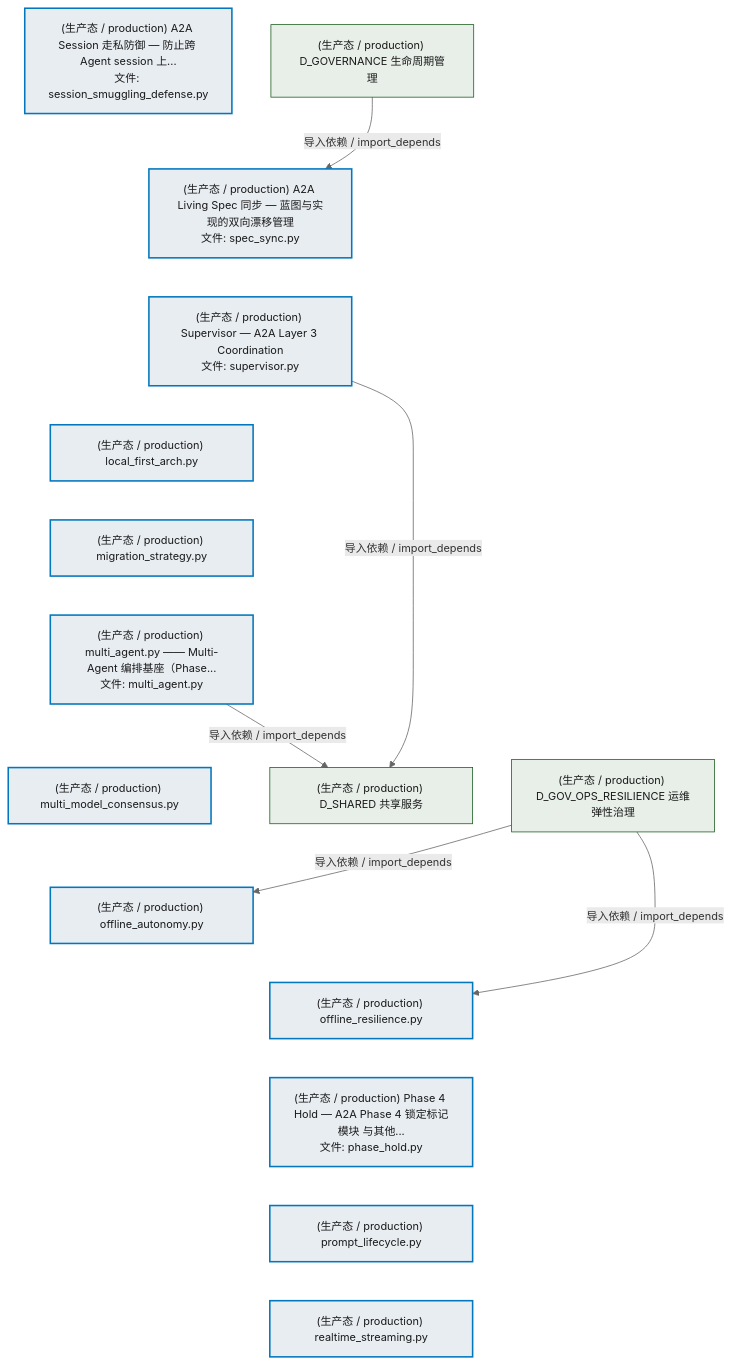
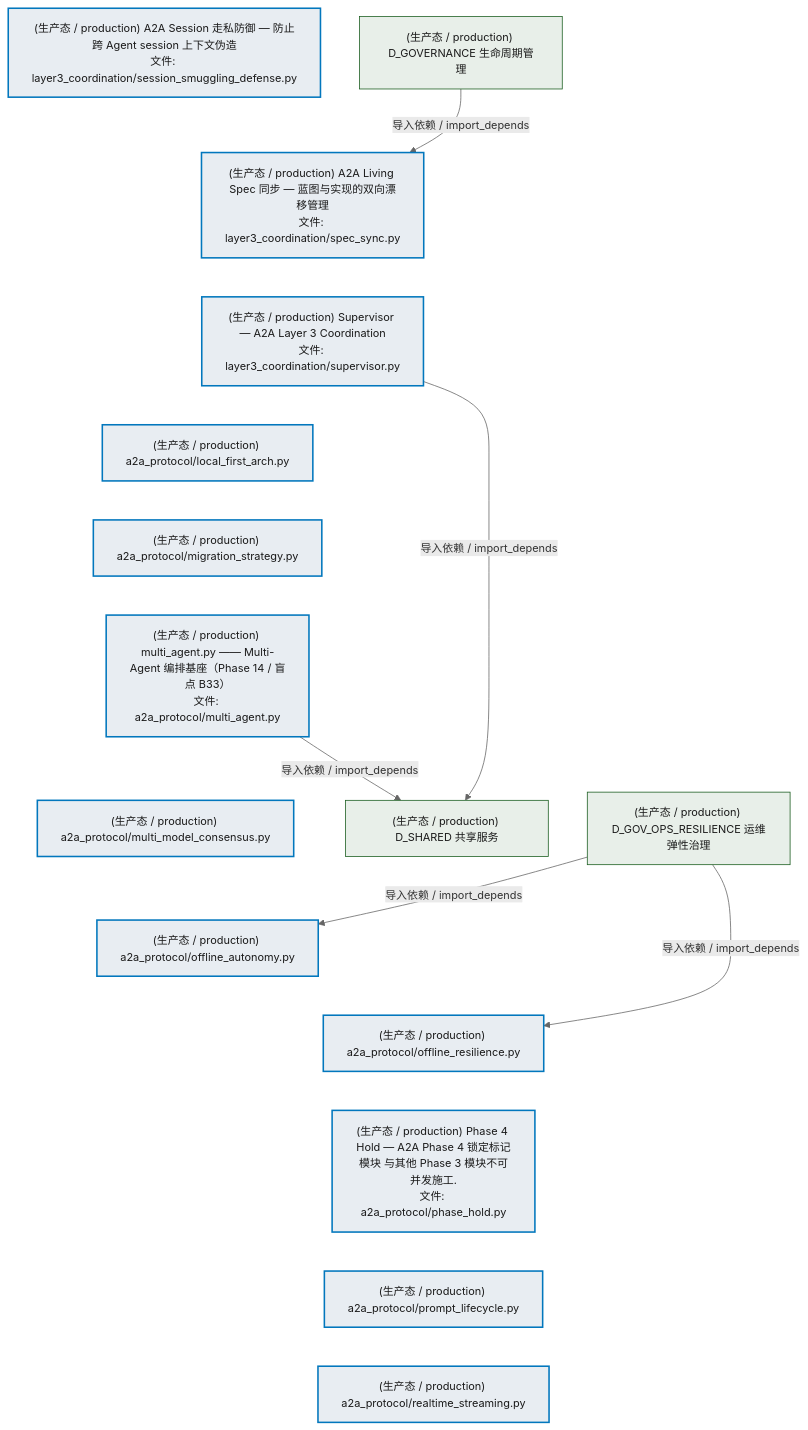
One commit to xuanFelixVan/ZephyrAlpha changed the third of 5 diagrams in docs/02_enterprise_architecture/02_domain_architecture_docs/03_d_infra_a2a.md. Above: the diagram before and after it, drawn with Mermaid. The commit also changed other lines of this file and 63 other files, not shown here.

````diff
--- a/docs/02_enterprise_architecture/02_domain_architecture_docs/03_d_infra_a2a.md
+++ b/docs/02_enterprise_architecture/02_domain_architecture_docs/03_d_infra_a2a.md
@@ -312,41 +312,41 @@
 ```mermaid
 %%{init: {'theme': 'base', 'themeVariables': {'primaryColor': '#eaeaea', 'primaryTextColor': '#333333', 'primaryBorderColor': '#666666', 'lineColor': '#666666', 'secondaryColor': '#eaeaea', 'tertiaryColor': '#eaeaea', 'fontSize': '14px'}}}%%
 flowchart TD
-    src_zephyr_infrastructure_a2a_protocol_layer3_coordination_session_smuggling_defense_py["(生产态 / production) A2A Session 走私防御 — 防止跨 Agent session 上...<br/>文件: session_smuggling_defense.py"]
-    src_zephyr_infrastructure_a2a_protocol_layer3_coordination_spec_sync_py["(生产态 / production) A2A Living Spec 同步 — 蓝图与实现的双向漂移管理<br/>文件: spec_sync.py"]
-    src_zephyr_infrastructure_a2a_protocol_layer3_coordination_supervisor_py["(生产态 / production) Supervisor — A2A Layer 3 Coordination<br/>文件: supervisor.py"]
-    src_zephyr_infrastructure_a2a_protocol_local_first_arch_py["(生产态 / production) local_first_arch.py"]
-    src_zephyr_infrastructure_a2a_protocol_migration_strategy_py["(生产态 / production) migration_strategy.py"]
-    src_zephyr_infrastructure_a2a_protocol_multi_agent_py["(生产态 / production) multi_agent.py —— Multi-Agent 编排基座（Phase...<br/>文件: multi_agent.py"]
-    src_zephyr_infrastructure_a2a_protocol_multi_model_consensus_py["(生产态 / production) multi_model_consensus.py"]
-    src_zephyr_infrastructure_a2a_protocol_offline_autonomy_py["(生产态 / production) offline_autonomy.py"]
-    src_zephyr_infrastructure_a2a_protocol_offline_resilience_py["(生产态 / production) offline_resilience.py"]
-    src_zephyr_infrastructure_a2a_protocol_phase_hold_py["(生产态 / production) Phase 4 Hold — A2A Phase 4 锁定标记模块 与其他...<br/>文件: phase_hold.py"]
-    src_zephyr_infrastructure_a2a_protocol_prompt_lifecycle_py["(生产态 / production) prompt_lifecycle.py"]
-    src_zephyr_infrastructure_a2a_protocol_realtime_streaming_py["(生产态 / production) realtime_streaming.py"]
+    src_zephyr_infrastructure_a2a_protocol_layer3_coordination_session_smuggling_defense_py["(生产态 / production) A2A Session 走私防御 — 防止跨 Agent session 上下文伪造<br/>文件: layer3_coordination/session_smuggling_defense.py"]
+    src_zephyr_infrastructure_a2a_protocol_layer3_coordination_spec_sync_py["(生产态 / production) A2A Living Spec 同步 — 蓝图与实现的双向漂移管理<br/>文件: layer3_coordination/spec_sync.py"]
+    src_zephyr_infrastructure_a2a_protocol_layer3_coordination_supervisor_py["(生产态 / production) Supervisor — A2A Layer 3 Coordination<br/>文件: layer3_coordination/supervisor.py"]
+    src_zephyr_infrastructure_a2a_protocol_local_first_arch_py["(生产态 / production) a2a_protocol/local_first_arch.py"]
+    src_zephyr_infrastructure_a2a_protocol_migration_strategy_py["(生产态 / production) a2a_protocol/migration_strategy.py"]
+    src_zephyr_infrastructure_a2a_protocol_multi_agent_py["(生产态 / production) multi_agent.py —— Multi-Agent 编排基座（Phase 14 / 盲点 B33）<br/>文件: a2a_protocol/multi_agent.py"]
+    src_zephyr_infrastructure_a2a_protocol_multi_model_consensus_py["(生产态 / production) a2a_protocol/multi_model_consensus.py"]
+    src_zephyr_infrastructure_a2a_protocol_offline_autonomy_py["(生产态 / production) a2a_protocol/offline_autonomy.py"]
+    src_zephyr_infrastructure_a2a_protocol_offline_resilience_py["(生产态 / production) a2a_protocol/offline_resilience.py"]
+    src_zephyr_infrastructure_a2a_protocol_phase_hold_py["(生产态 / production) Phase 4 Hold — A2A Phase 4 锁定标记模块 与其他 Phase 3 模块不可并发施工.<br/>文件: a2a_protocol/phase_hold.py"]
+    src_zephyr_infrastructure_a2a_protocol_prompt_lifecycle_py["(生产态 / production) a2a_protocol/prompt_lifecycle.py"]
+    src_zephyr_infrastructure_a2a_protocol_realtime_streaming_py["(生产态 / production) a2a_protocol/realtime_streaming.py"]
     src_zephyr_infrastructure_a2a_protocol_layer3_coordination_session_smuggling_defense_py ~~~ src_zephyr_infrastructure_a2a_protocol_layer3_coordination_spec_sync_py
     src_zephyr_infrastructure_a2a_protocol_layer3_coordination_spec_sync_py ~~~ src_zephyr_infrastructure_a2a_protocol_layer3_coordination_supervisor_py
     src_zephyr_infrastructure_a2a_protocol_layer3_coordination_supervisor_py ~~~ src_zephyr_infrastructure_a2a_protocol_local_first_arch_py
     src_zephyr_infrastructure_a2a_protocol_local_first_arch_py ~~~ src_zephyr_infrastructure_a2a_protocol_migration_strategy_py
     src_zephyr_infrastructure_a2a_protocol_migration_strategy_py ~~~ src_zephyr_infrastructure_a2a_protocol_multi_agent_py
     src_zephyr_infrastructure_a2a_protocol_multi_agent_py ~~~ src_zephyr_infrastructure_a2a_protocol_multi_model_consensus_py
     src_zephyr_infrastructure_a2a_protocol_multi_model_consensus_py ~~~ src_zephyr_infrastructure_a2a_protocol_offline_autonomy_py
     src_zephyr_infrastructure_a2a_protocol_offline_autonomy_py ~~~ src_zephyr_infrastructure_a2a_protocol_offline_resilience_py
     src_zephyr_infrastructure_a2a_protocol_offline_resilience_py ~~~ src_zephyr_infrastructure_a2a_protocol_phase_hold_py
     src_zephyr_infrastructure_a2a_protocol_phase_hold_py ~~~ src_zephyr_infrastructure_a2a_protocol_prompt_lifecycle_py
     src_zephyr_infrastructure_a2a_protocol_prompt_lifecycle_py ~~~ src_zephyr_infrastructure_a2a_protocol_realtime_streaming_py
     D_SHARED["(生产态 / production) D_SHARED 共享服务"]
     src_zephyr_infrastructure_a2a_protocol_multi_agent_py -->|导入依赖 / import_depends| D_SHARED
     src_zephyr_infrastructure_a2a_protocol_layer3_coordination_supervisor_py -->|导入依赖 / import_depends| D_SHARED
     D_GOVERNANCE["(生产态 / production) D_GOVERNANCE 生命周期管理"]
     D_GOVERNANCE -->|导入依赖 / import_depends| src_zephyr_infrastructure_a2a_protocol_layer3_coordination_spec_sync_py
     D_GOV_OPS_RESILIENCE["(生产态 / production) D_GOV_OPS_RESILIENCE 运维弹性治理"]
     D_GOV_OPS_RESILIENCE -->|导入依赖 / import_depends| src_zephyr_infrastructure_a2a_protocol_offline_resilience_py
     D_GOV_OPS_RESILIENCE -->|导入依赖 / import_depends| src_zephyr_infrastructure_a2a_protocol_offline_autonomy_py
     classDef production fill:#e8edf2,stroke:#0277bd,stroke-width:2px,color:#1a1a1a
     classDef design fill:#f0ebe3,stroke:#bf360c,stroke-width:2px,color:#1a1a1a,stroke-dasharray: 5 5
     classDef external_prod fill:#e8efe9,stroke:#1b5e20,stroke-width:1px,color:#1a1a1a
     classDef external_design fill:#efe5ea,stroke:#880e4f,stroke-width:1px,color:#1a1a1a,stroke-dasharray: 5 5
     class src_zephyr_infrastructure_a2a_protocol_layer3_coordination_session_smuggling_defense_py,src_zephyr_infrastructure_a2a_protocol_layer3_coordination_spec_sync_py,src_zephyr_infrastructure_a2a_protocol_layer3_coordination_supervisor_py,src_zephyr_infrastructure_a2a_protocol_local_first_arch_py,src_zephyr_infrastructure_a2a_protocol_migration_strategy_py,src_zephyr_infrastructure_a2a_protocol_multi_agent_py,src_zephyr_infrastructure_a2a_protocol_multi_model_consensus_py,src_zephyr_infrastructure_a2a_protocol_offline_autonomy_py,src_zephyr_infrastructure_a2a_protocol_offline_resilience_py,src_zephyr_infrastructure_a2a_protocol_phase_hold_py,src_zephyr_infrastructure_a2a_protocol_prompt_lifecycle_py,src_zephyr_infrastructure_a2a_protocol_realtime_streaming_py production
     class D_SHARED,D_GOVERNANCE,D_GOV_OPS_RESILIENCE external_prod
 ```
````
